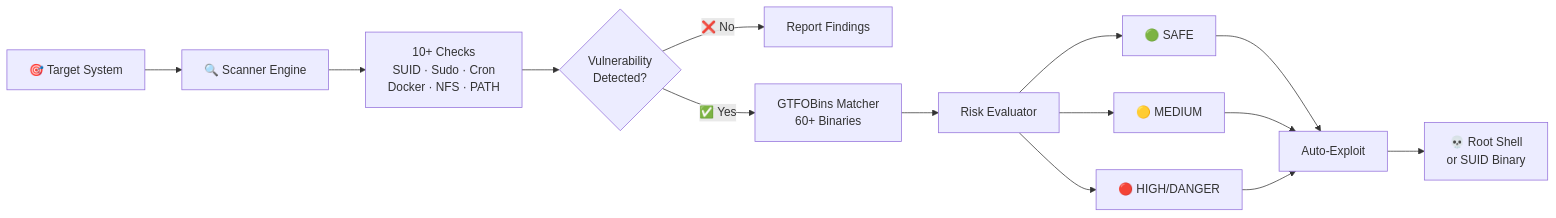
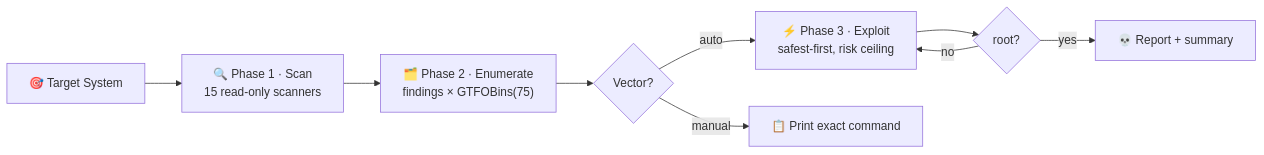
Before and after one commit to Ruby570bocadito/Auto-Privilege: the diagram in README.md, drawn with Mermaid. The commit also changed other lines of this file and 19 other files, not shown here.

````diff
--- a/README.md
+++ b/README.md
@@ -126,13 +239,11 @@
 ```mermaid
 flowchart LR
-    A["🎯 Target System"] --> B["🔍 Scanner Engine"]
-    B --> C["10+ Checks<br/>SUID · Sudo · Cron<br/>Docker · NFS · PATH"]
-    C --> D{"Vulnerability<br/>Detected?"}
-    D -->|"❌ No"| E["Report Findings"]
-    D -->|"✅ Yes"| F["GTFOBins Matcher<br/>60+ Binaries"]
-    F --> G["Risk Evaluator"]
-    G --> H["🟢 SAFE"] --> K["Auto-Exploit"]
-    G --> I["🟡 MEDIUM"] --> K
-    G --> J["🔴 HIGH/DANGER"] --> K
-    K --> L["💀 Root Shell<br/>or SUID Binary"]
+    A["🎯 Target System"] --> B["🔍 Phase 1 · Scan<br/>15 read-only scanners"]
+    B --> C["🗂️ Phase 2 · Enumerate<br/>findings × GTFOBins(75)"]
+    C --> D{"Vector?"}
+    D -->|auto| E["⚡ Phase 3 · Exploit<br/>safest-first, risk ceiling"]
+    D -->|manual| F["📋 Print exact command"]
+    E --> G{"root?"}
+    G -->|yes| H["💀 Report + summary"]
+    G -->|no| E
 ```
````
